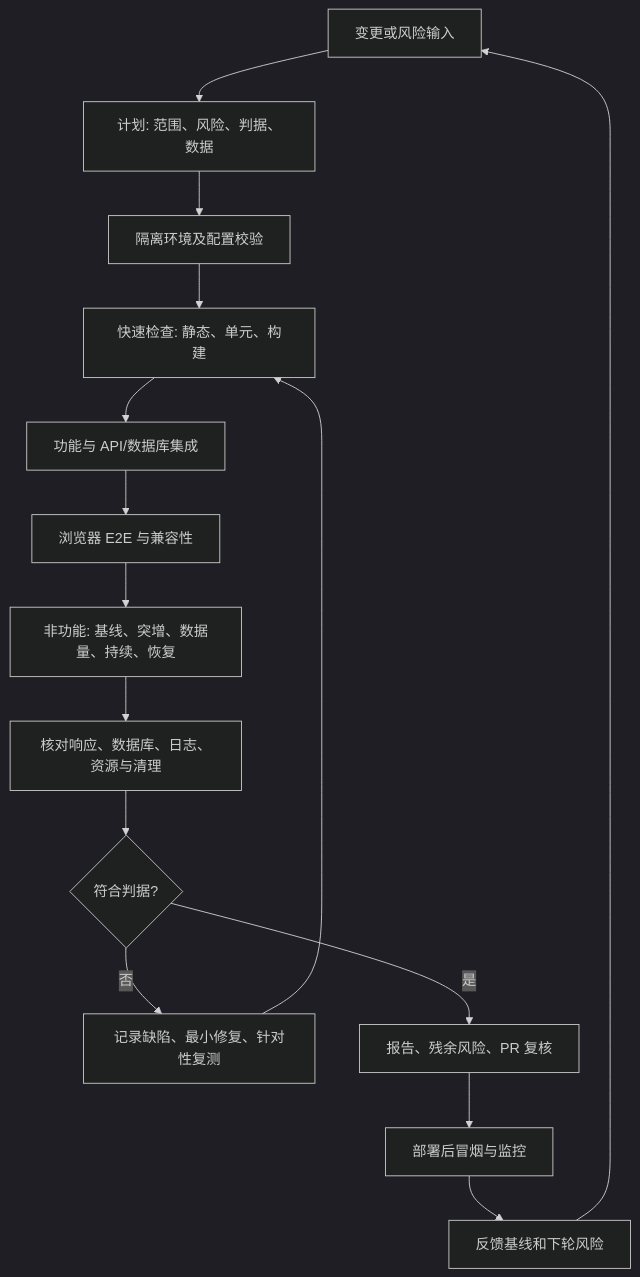
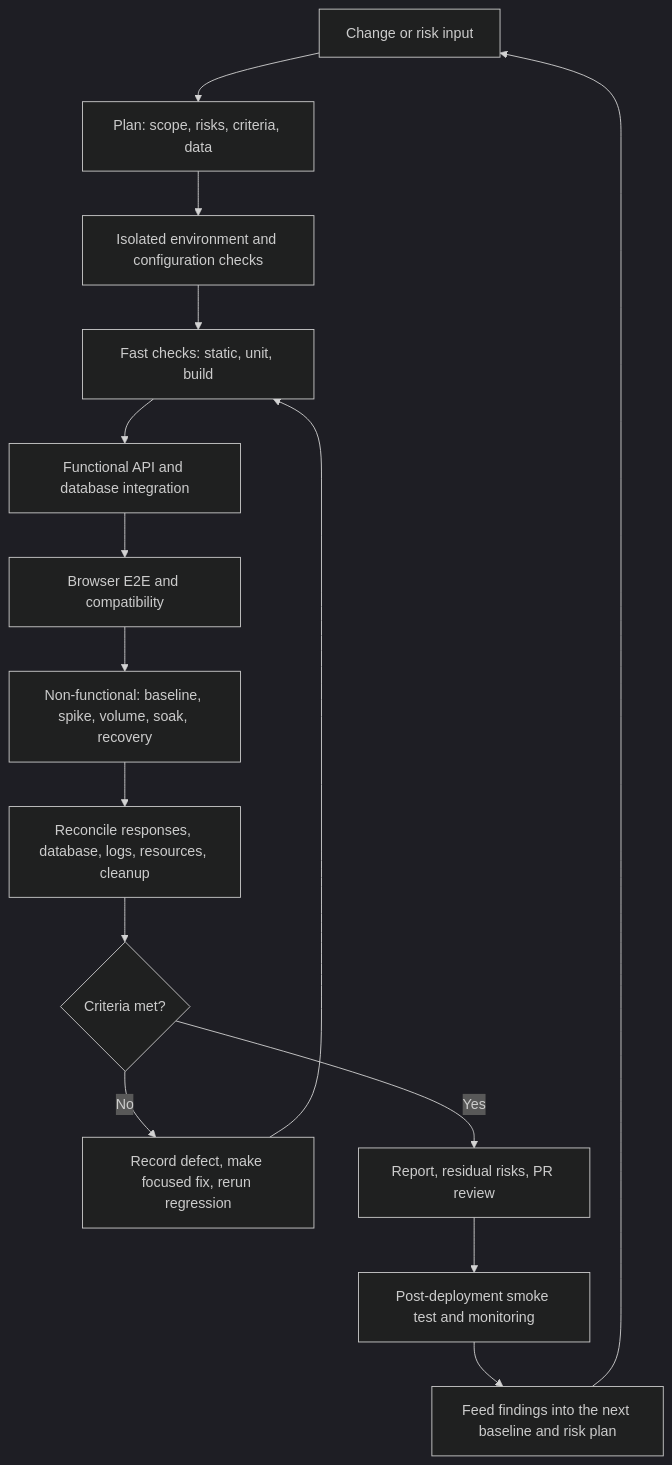
The diagram in documentation/TEST_STRATEGY.md (YaruG1022/RWC-Living-Atlas), drawn with Mermaid (dark theme) before and after one commit. The commit also changed other lines of this file and 2 other files, not shown here.

Commit message:
Make English test strategy primary with Chinese translation

````diff
--- a/documentation/TEST_STRATEGY.md
+++ b/documentation/TEST_STRATEGY.md
@@ -15,17 +17,17 @@
 ```mermaid
 flowchart TD
-    A[变更或风险输入] --> B[计划: 范围、风险、判据、数据]
-    B --> C[隔离环境及配置校验]
-    C --> D[快速检查: 静态、单元、构建]
-    D --> E[功能与 API/数据库集成]
-    E --> F[浏览器 E2E 与兼容性]
-    F --> G[非功能: 基线、突增、数据量、持续、恢复]
-    G --> H[核对响应、数据库、日志、资源与清理]
-    H --> I{符合判据?}
-    I -- 否 --> J[记录缺陷、最小修复、针对性复测]
+    A[Change or risk input] --> B[Plan: scope, risks, criteria, data]
+    B --> C[Isolated environment and configuration checks]
+    C --> D[Fast checks: static, unit, build]
+    D --> E[Functional API and database integration]
+    E --> F[Browser E2E and compatibility]
+    F --> G[Non-functional: baseline, spike, volume, soak, recovery]
+    G --> H[Reconcile responses, database, logs, resources, cleanup]
+    H --> I{Criteria met?}
+    I -- No --> J[Record defect, make focused fix, rerun regression]
     J --> D
-    I -- 是 --> K[报告、残余风险、PR 复核]
-    K --> L[部署后冒烟与监控]
-    L --> M[反馈基线和下轮风险]
+    I -- Yes --> K[Report, residual risks, PR review]
+    K --> L[Post-deployment smoke test and monitoring]
+    L --> M[Feed findings into the next baseline and risk plan]
     M --> A
 ```
````
